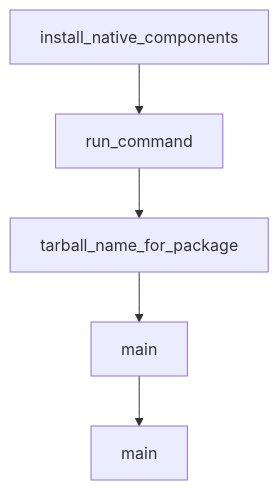
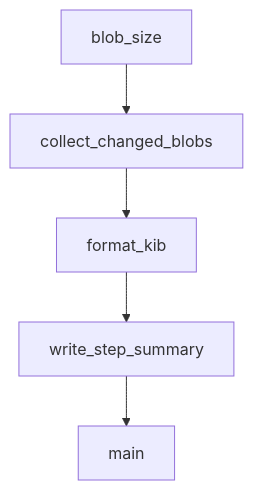
One commit to johnxie/awesome-code-docs changed the diagram in tutorials/codex-cli-tutorial/02-architecture-and-local-execution-model.md. Above: the diagram before and after it, drawn with Mermaid. The commit also changed other lines of this file and 1232 other files, not shown here.

````diff
--- a/tutorials/codex-cli-tutorial/02-architecture-and-local-execution-model.md
+++ b/tutorials/codex-cli-tutorial/02-architecture-and-local-execution-model.md
@@ -213,12 +211,12 @@
 ```mermaid
 flowchart TD
-    A[install_native_components]
-    B[run_command]
-    C[tarball_name_for_package]
-    D[main]
+    A[blob_size]
+    B[collect_changed_blobs]
+    C[format_kib]
+    D[write_step_summary]
     E[main]
     A --> B
     B --> C
     C --> D
     D --> E
 ```
````
